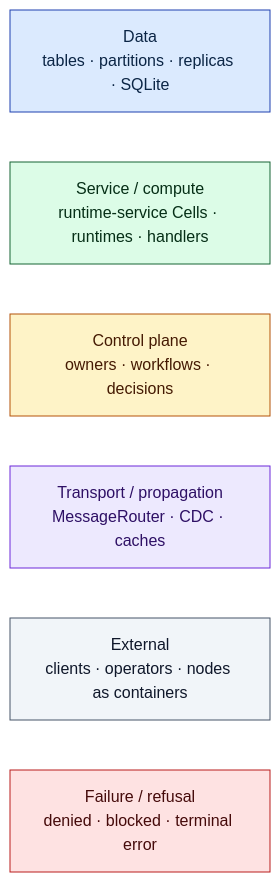
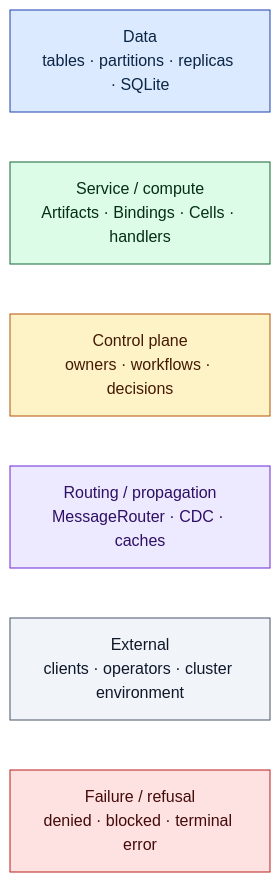
One commit to psvensson/lagrange changed the second of 9 diagrams in architecture/system-model.md. Above: the diagram before and after it, drawn with Mermaid. The commit also changed other lines of this file, not shown here.

````diff
--- a/architecture/system-model.md
+++ b/architecture/system-model.md
@@ -25,17 +96,17 @@
 ```mermaid
 %%{init: {'theme':'base','themeVariables':{'background':'#ffffff','lineColor':'#334155','textColor':'#0f172a'}}}%%
 flowchart LR
   D["Data<br/>tables · partitions · replicas · SQLite"]:::data
-  S["Service / compute<br/>runtime-service Cells · runtimes · handlers"]:::svc
+  S["Service / compute<br/>Artifacts · Bindings · Cells · handlers"]:::svc
   C["Control plane<br/>owners · workflows · decisions"]:::ctrl
-  T["Transport / propagation<br/>MessageRouter · CDC · caches"]:::move
-  X["External<br/>clients · operators · nodes as containers"]:::ext
+  T["Routing / propagation<br/>MessageRouter · CDC · caches"]:::move
+  X["External<br/>clients · operators · cluster environment"]:::ext
   F["Failure / refusal<br/>denied · blocked · terminal error"]:::bad
 
   classDef data fill:#dbeafe,stroke:#1e40af,color:#0b2545
   classDef svc fill:#dcfce7,stroke:#166534,color:#052e16
   classDef ctrl fill:#fef3c7,stroke:#b45309,color:#451a03
   classDef move fill:#ede9fe,stroke:#6d28d9,color:#2e1065
   classDef ext fill:#f1f5f9,stroke:#475569,color:#0f172a
   classDef bad fill:#fee2e2,stroke:#b91c1c,color:#450a0a
 ```
````
